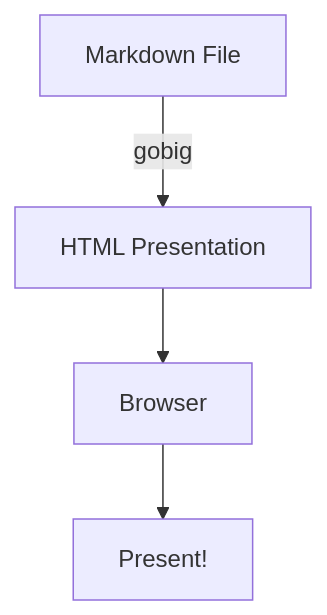
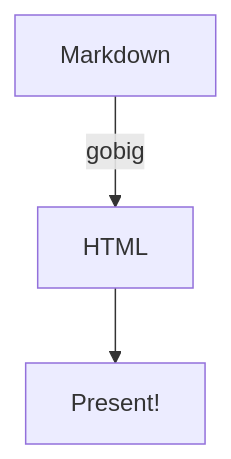
One commit to sroberts/gobig changed the diagram in examples/advanced.md. Above: the diagram before and after it, drawn with Mermaid. The commit also changed other lines of this file, not shown here.

First line of the commit message:
Simplify Mermaid demonstration slide

````diff
--- a/examples/advanced.md
+++ b/examples/advanced.md
@@ -151,6 +147,5 @@
 ```mermaid
 graph TD
-    A[Markdown File] -->|gobig| B[HTML Presentation]
-    B --> C[Browser]
-    C --> D[Present!]
+    A[Markdown] -->|gobig| B[HTML]
+    B --> C[Present!]
 ```
````
